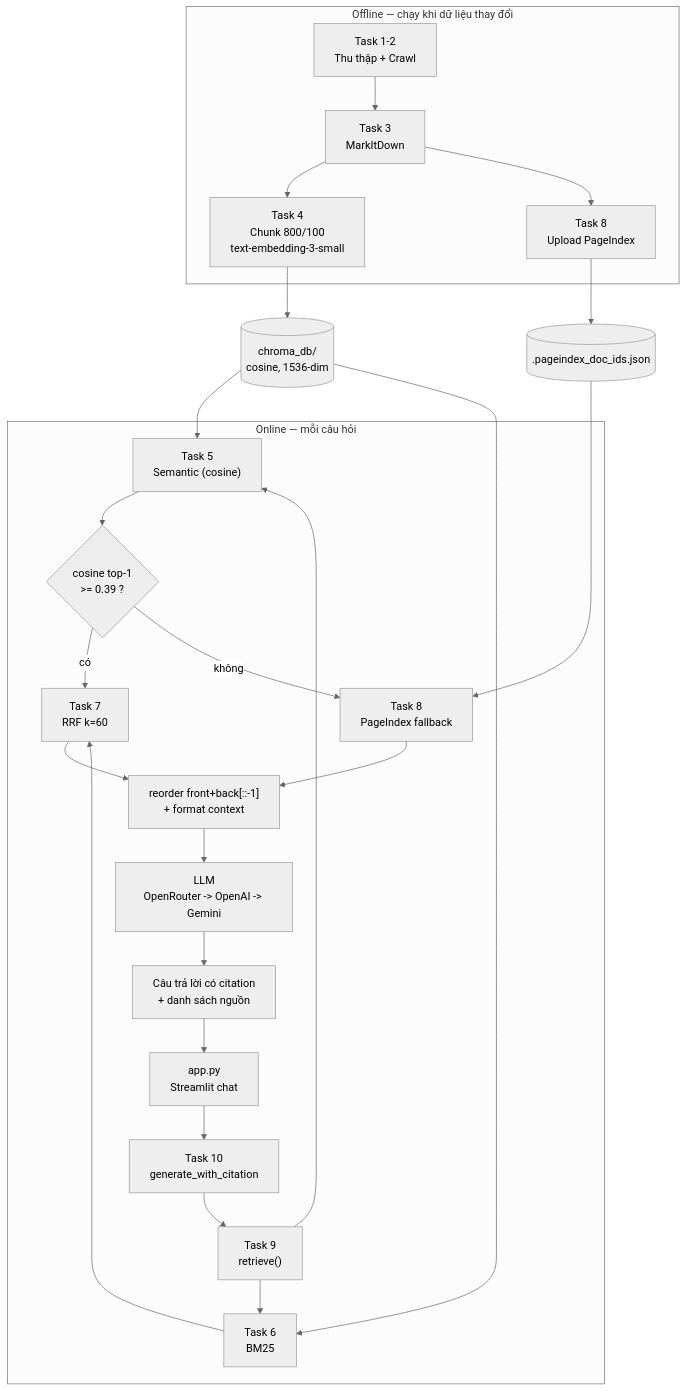
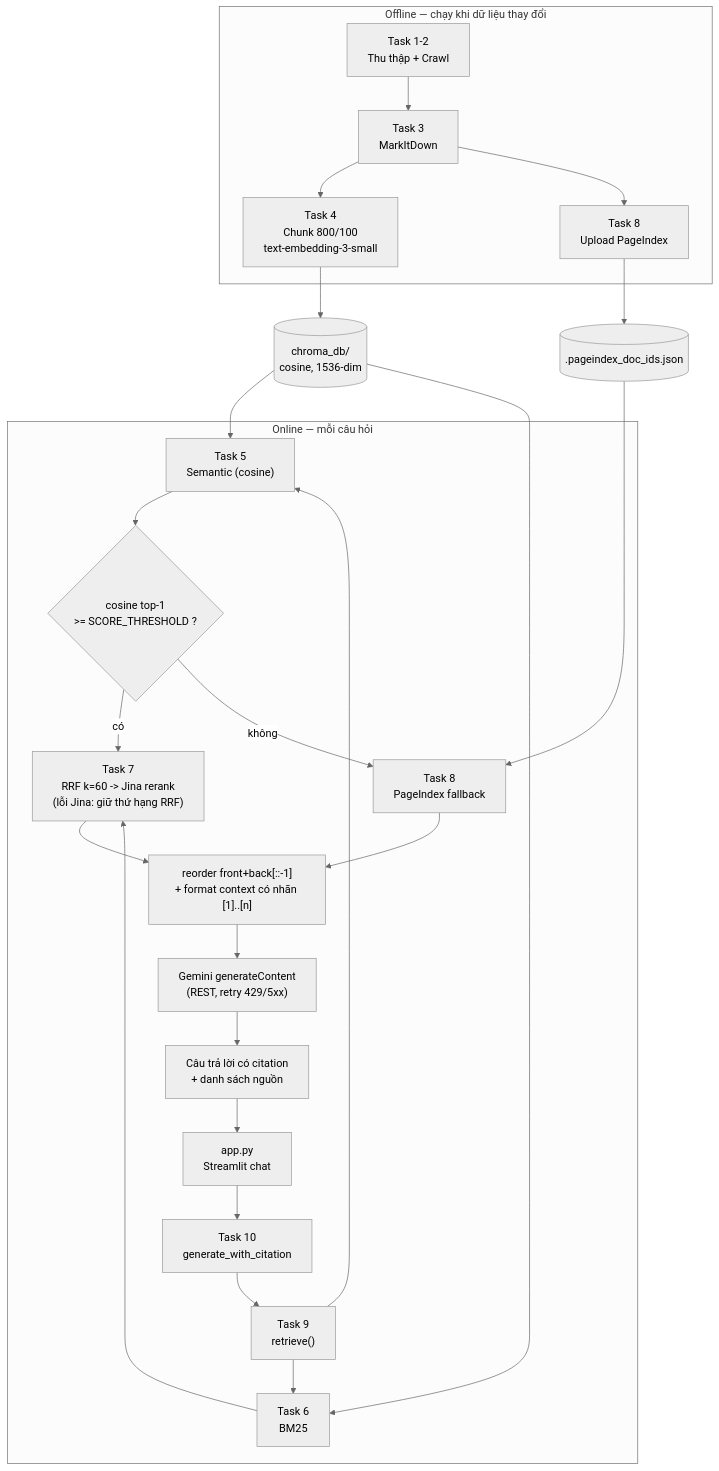
Before and after one commit to elnino282/K4-Day08-RAG-Pipeline: the diagram in README.md, drawn with Mermaid (neutral theme). The commit also changed other lines of this file and 9 other files, not shown here.

````diff
--- a/README.md
+++ b/README.md
@@ -555,31 +555,31 @@
 ```mermaid
 flowchart TB
     subgraph OFFLINE["Offline — chạy khi dữ liệu thay đổi"]
         T1["Task 1-2<br/>Thu thập + Crawl"] --> T3["Task 3<br/>MarkItDown"]
         T3 --> T4["Task 4<br/>Chunk 800/100<br/>text-embedding-3-small"]
         T3 --> T8U["Task 8<br/>Upload PageIndex"]
     end
 
     T4 --> CHROMA[("chroma_db/<br/>cosine, 1536-dim")]
     T8U --> PICACHE[(".pageindex_doc_ids.json")]
 
     subgraph ONLINE["Online — mỗi câu hỏi"]
         UI["app.py<br/>Streamlit chat"] --> GEN["Task 10<br/>generate_with_citation"]
         GEN --> PIPE["Task 9<br/>retrieve()"]
         PIPE --> DENSE["Task 5<br/>Semantic (cosine)"]
         PIPE --> SPARSE["Task 6<br/>BM25"]
-        DENSE --> GATE{"cosine top-1<br/>>= 0.39 ?"}
-        SPARSE --> RRF["Task 7<br/>RRF k=60"]
+        DENSE --> GATE{"cosine top-1<br/>>= SCORE_THRESHOLD ?"}
+        SPARSE --> RRF["Task 7<br/>RRF k=60 -> Jina rerank<br/>(lỗi Jina: giữ thứ hạng RRF)"]
         GATE -- có --> RRF
         GATE -- không --> PI["Task 8<br/>PageIndex fallback"]
-        RRF --> CTX["reorder front+back[::-1]<br/>+ format context"]
+        RRF --> CTX["reorder front+back[::-1]<br/>+ format context có nhãn [1]..[n]"]
         PI --> CTX
-        CTX --> LLM["LLM<br/>OpenRouter -> OpenAI -> Gemini"]
+        CTX --> LLM["Gemini generateContent<br/>(REST, retry 429/5xx)"]
         LLM --> ANS["Câu trả lời có citation<br/>+ danh sách nguồn"]
     end
 
     CHROMA --> DENSE
     CHROMA --> SPARSE
     PICACHE --> PI
     ANS --> UI
 ```
````
